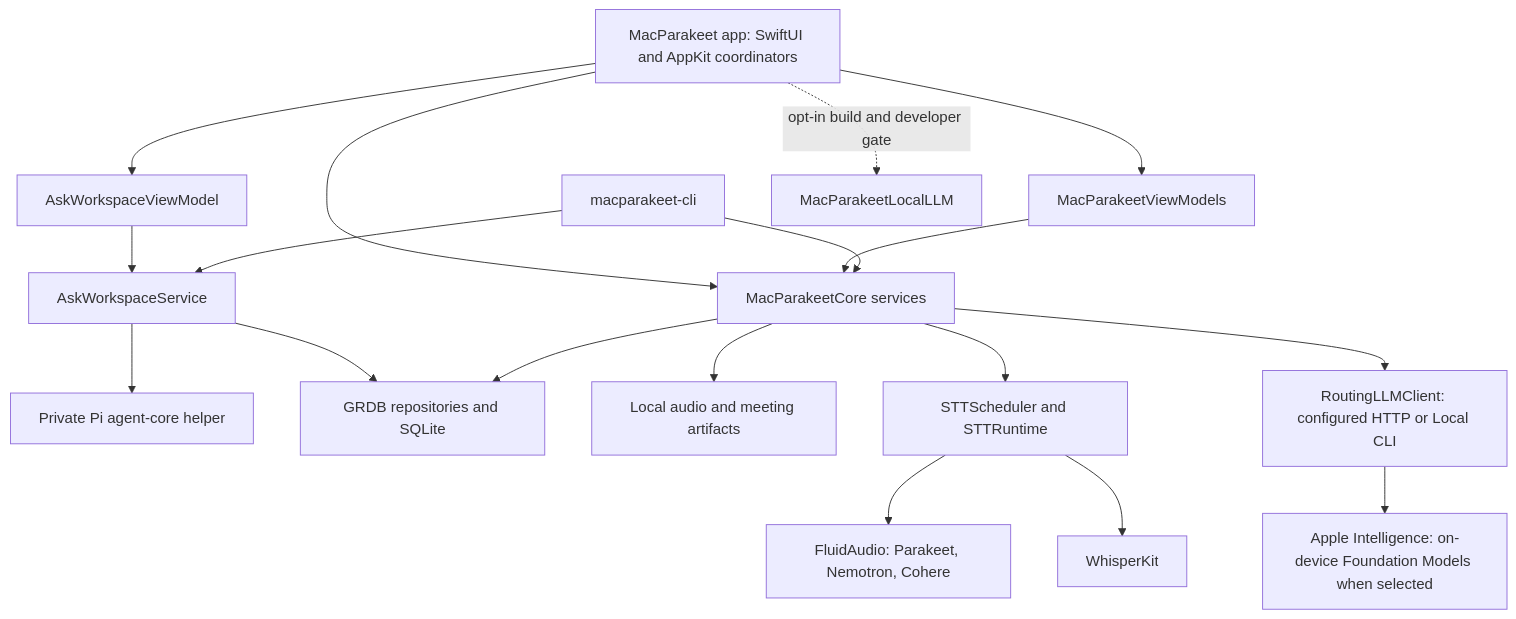
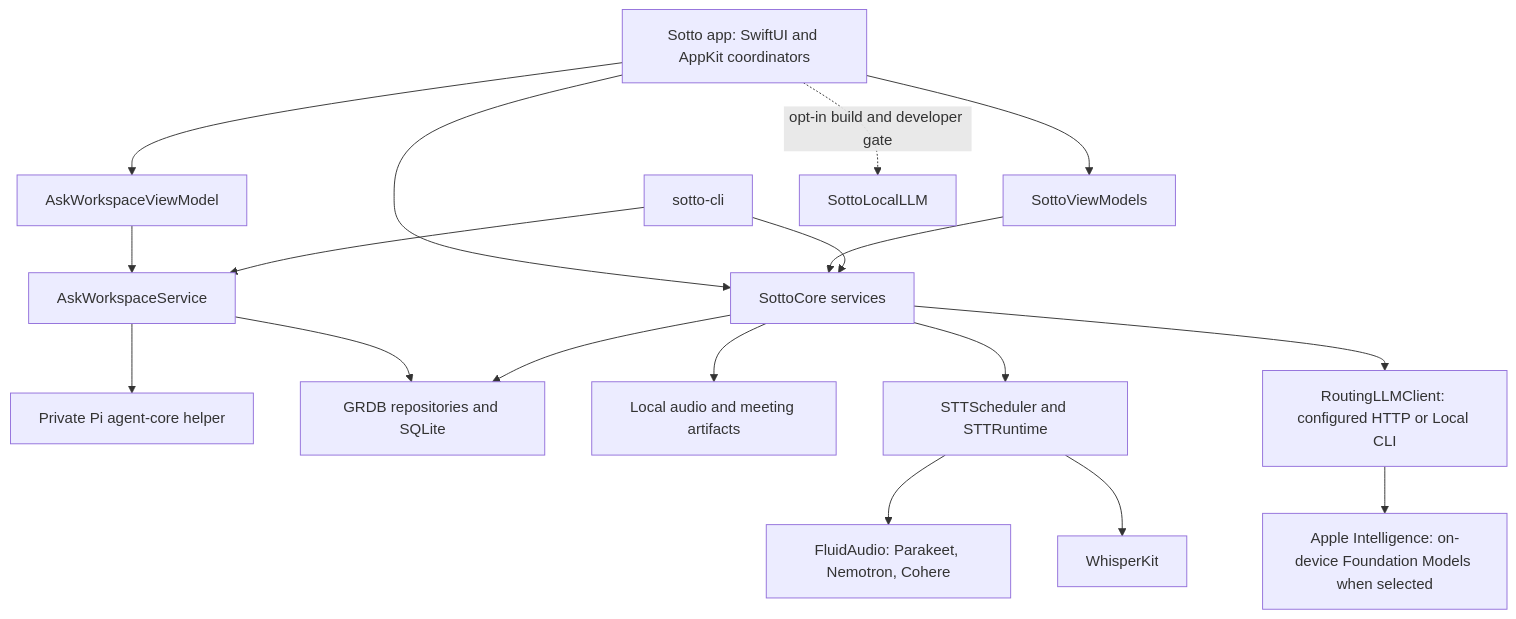
Before and after one commit to buluma/sotto: the first of 3 diagrams in spec/03-architecture.md, drawn with Mermaid. The commit also changed other lines of this file and 2521 other files, not shown here.

````diff
--- a/spec/03-architecture.md
+++ b/spec/03-architecture.md
@@ -15,20 +21,20 @@
 ```mermaid
 flowchart TD
-    App[MacParakeet app: SwiftUI and AppKit coordinators] --> VM[MacParakeetViewModels]
-    App --> Core[MacParakeetCore services]
+    App[Sotto app: SwiftUI and AppKit coordinators] --> VM[SottoViewModels]
+    App --> Core[SottoCore services]
     VM --> Core
-    CLI[macparakeet-cli] --> Core
+    CLI[sotto-cli] --> Core
     App --> AskVM[AskWorkspaceViewModel]
     AskVM --> Ask[AskWorkspaceService]
     CLI --> Ask
     Ask --> Pi[Private Pi agent-core helper]
     Ask --> DB
     Core --> DB[GRDB repositories and SQLite]
     Core --> Files[Local audio and meeting artifacts]
     Core --> Speech[STTScheduler and STTRuntime]
     Speech --> Fluid[FluidAudio: Parakeet, Nemotron, Cohere]
     Speech --> Whisper[WhisperKit]
     Core --> AI[RoutingLLMClient: configured HTTP or Local CLI]
     AI --> AppleAI[Apple Intelligence: on-device Foundation Models when selected]
-    App -. opt-in build and developer gate .-> MLX[MacParakeetLocalLLM]
+    App -. opt-in build and developer gate .-> MLX[SottoLocalLLM]
 ```
````
